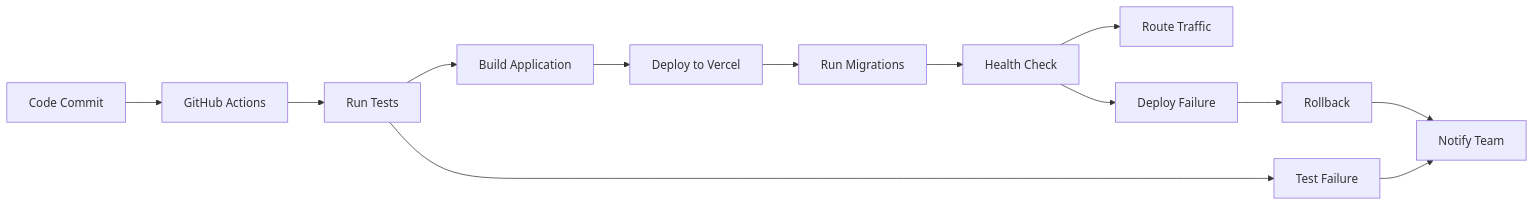
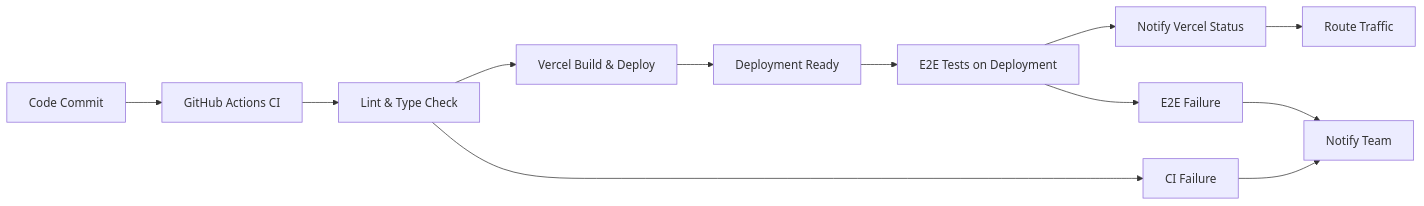
One commit to nuclom/nuclom changed the second of 2 diagrams in docs/internal/architecture/deployment.md. Above: the diagram before and after it, drawn with Mermaid. The commit also changed other lines of this file and 1 other file, not shown here.

First line of the commit message:
Run E2E tests against Vercel deployment (#89)

````diff
--- a/docs/internal/architecture/deployment.md
+++ b/docs/internal/architecture/deployment.md
@@ -156,17 +156,16 @@
 ```mermaid
 graph LR
-    A[Code Commit] --> B[GitHub Actions]
-    B --> C[Run Tests]
-    C --> D[Build Application]
-    D --> E[Deploy to Vercel]
-    E --> F[Run Migrations]
-    F --> G[Health Check]
+    A[Code Commit] --> B[GitHub Actions CI]
+    B --> C[Lint & Type Check]
+    C --> D[Vercel Build & Deploy]
+    D --> E[Deployment Ready]
+    E --> F[E2E Tests on Deployment]
+    F --> G[Notify Vercel Status]
     G --> H[Route Traffic]
 
-    C --> I[Test Failure]
+    C --> I[CI Failure]
     I --> J[Notify Team]
 
-    G --> K[Deploy Failure]
-    K --> L[Rollback]
-    L --> J
+    F --> K[E2E Failure]
+    K --> J
 ```
````
